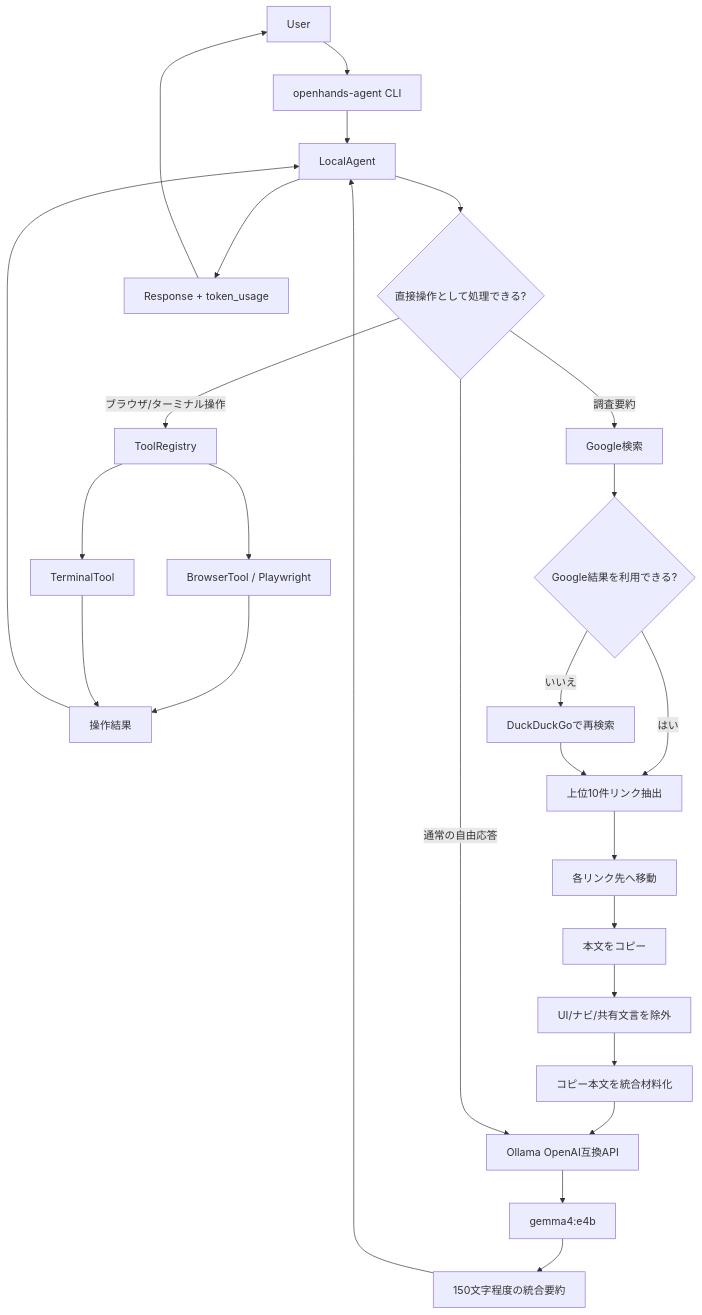
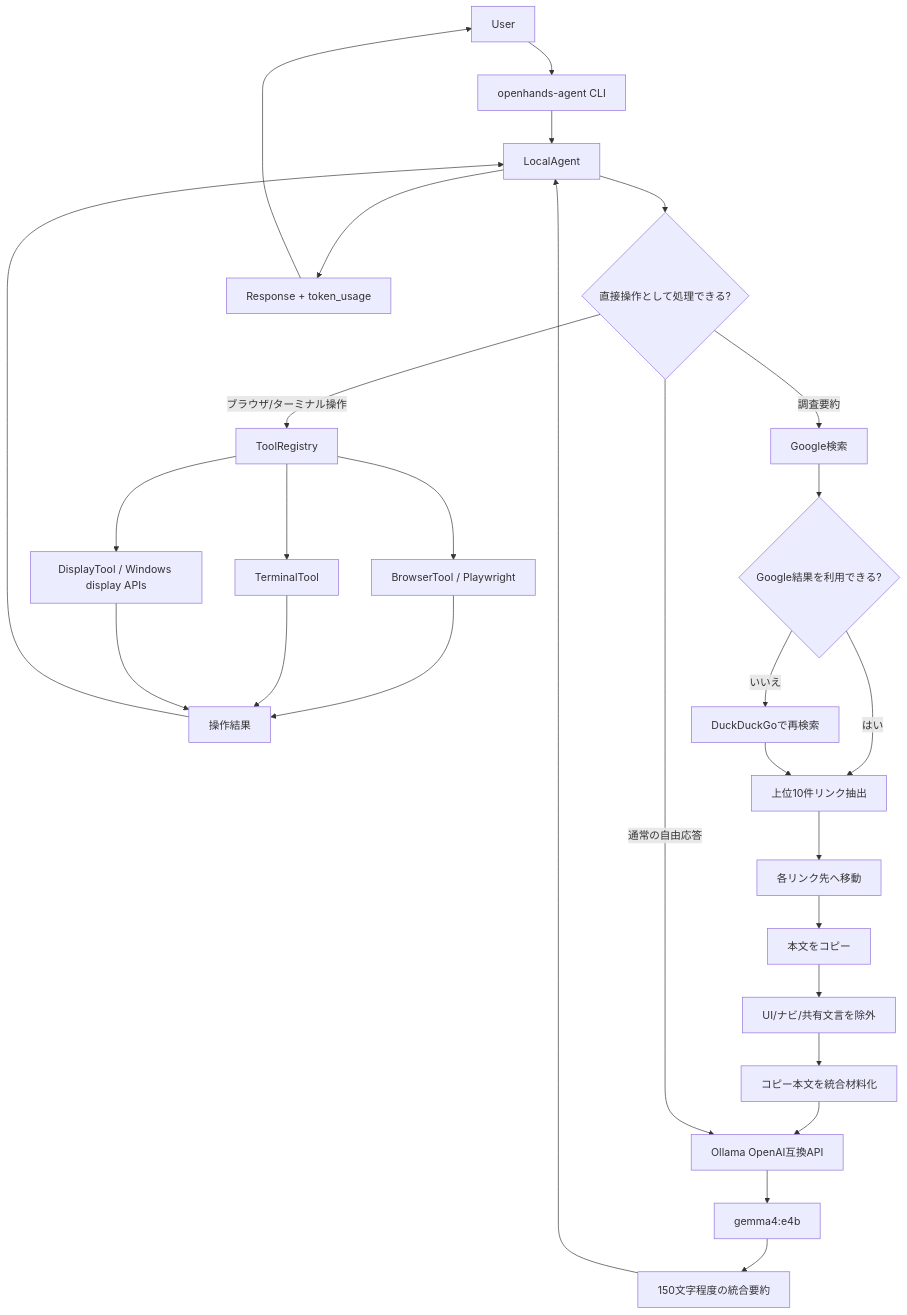
The diagram in Readme.md (kazukiminemura/OpenFlow), drawn with Mermaid before and after one commit. The commit also changed other lines of this file and 3 other files, not shown here.

Commit message:
Add Windows display control tool

````diff
--- a/Readme.md
+++ b/Readme.md
@@ -50,32 +60,34 @@
 ```mermaid
 flowchart TD
     U[User] --> CLI[openhands-agent CLI]
     CLI --> A[LocalAgent]
 
     A --> D{直接操作として処理できる?}
     D -->|ブラウザ/ターミナル操作| T[ToolRegistry]
     T --> B[BrowserTool / Playwright]
     T --> S[TerminalTool]
+    T --> DT[DisplayTool / Windows display APIs]
     B --> R1[操作結果]
     S --> R1
+    DT --> R1
     R1 --> A
 
     D -->|調査要約| G[Google検索]
     G --> GF{Google結果を利用できる?}
     GF -->|はい| L[上位10件リンク抽出]
     GF -->|いいえ| DD[DuckDuckGoで再検索]
     DD --> L
 
     L --> P[各リンク先へ移動]
     P --> C[本文をコピー]
     C --> F[UI/ナビ/共有文言を除外]
     F --> M[コピー本文を統合材料化]
     M --> O[Ollama OpenAI互換API]
     O --> LLM[gemma4:e4b]
     LLM --> SUM[150文字程度の統合要約]
     SUM --> A
 
     D -->|通常の自由応答| O
     A --> OUT[Response + token_usage]
     OUT --> U
 ```
````
